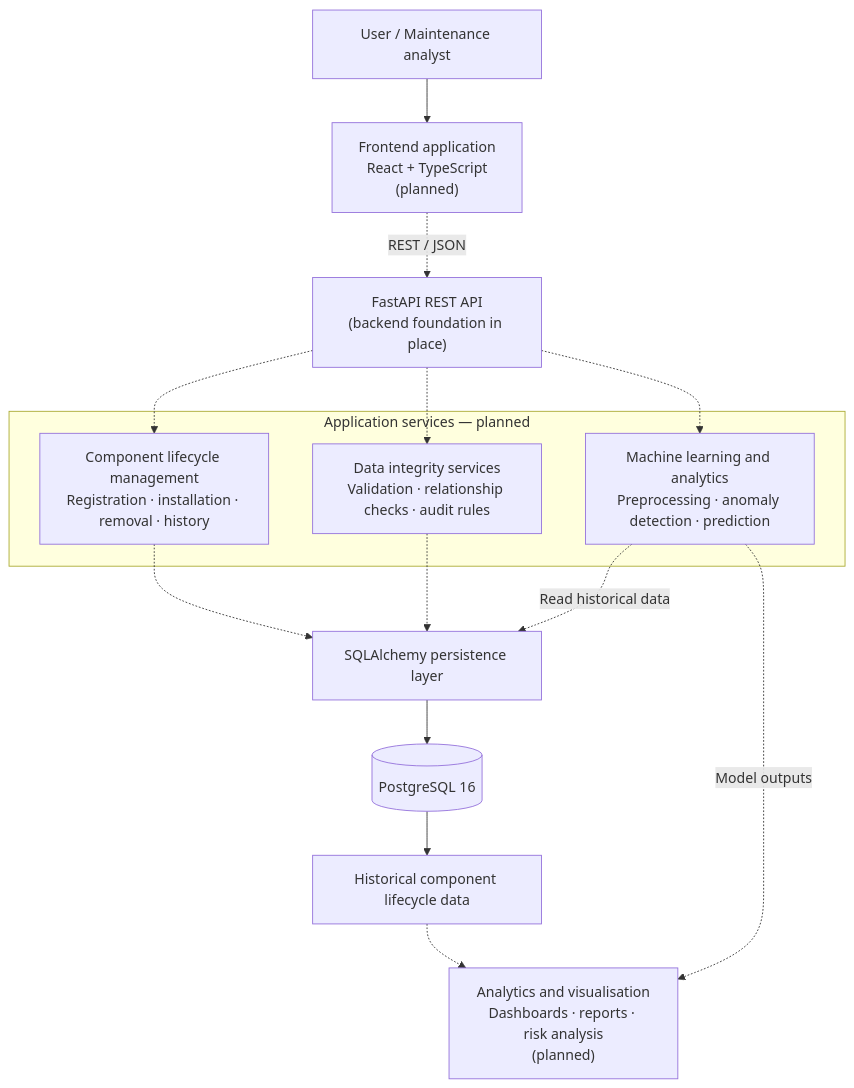
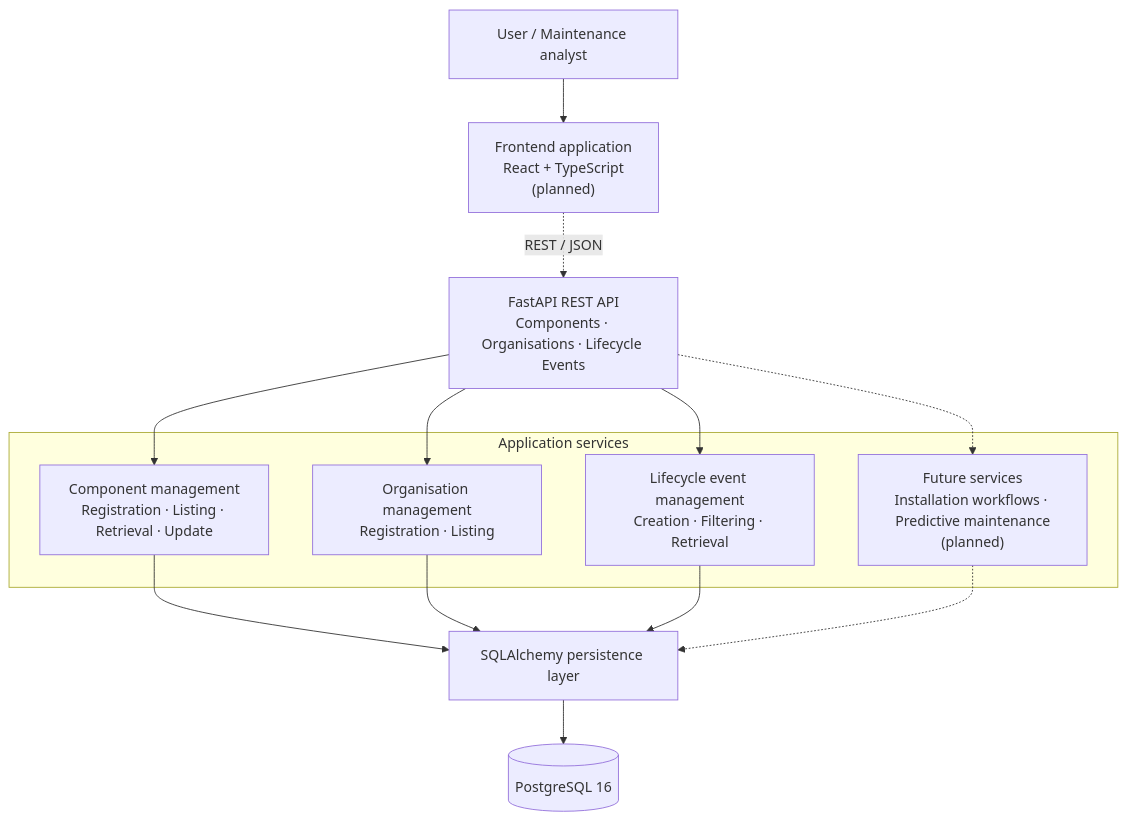
One commit to krista9669/aerotrace changed the second of 2 diagrams in README.md. Above: the diagram before and after it, drawn with Mermaid. The commit also changed other lines of this file and 7 other files, not shown here.

Commit message:
feat: add organisation and lifecycle event APIs

````diff
--- a/README.md
+++ b/README.md
@@ -157,27 +218,25 @@
 ```mermaid
 flowchart TB
     User["User / Maintenance analyst"]
     UI["Frontend application<br/>React + TypeScript<br/>(planned)"]
-    API["FastAPI REST API<br/>(backend foundation in place)"]
-    subgraph Services["Application services — planned"]
-        Lifecycle["Component lifecycle management<br/>Registration · installation · removal · history"]
-        Integrity["Data integrity services<br/>Validation · relationship checks · audit rules"]
-        ML["Machine learning and analytics<br/>Preprocessing · anomaly detection · prediction"]
+    API["FastAPI REST API<br/>Components · Organisations · Lifecycle Events"]
+    subgraph Services["Application services"]
+        Components["Component management<br/>Registration · Listing · Retrieval · Update"]
+        Organisations["Organisation management<br/>Registration · Listing"]
+        Lifecycle["Lifecycle event management<br/>Creation · Filtering · Retrieval"]
+        Future["Future services<br/>Installation workflows · Predictive maintenance<br/>(planned)"]
     end
     ORM["SQLAlchemy persistence layer"]
     DB[("PostgreSQL 16")]
-    History["Historical component lifecycle data"]
-    Outputs["Analytics and visualisation<br/>Dashboards · reports · risk analysis<br/>(planned)"]
     User --> UI
     UI -.->|"REST / JSON"| API
-    API -.-> Lifecycle
-    API -.-> Integrity
-    API -.-> ML
-    Lifecycle -.-> ORM
-    Integrity -.-> ORM
-    ML -.->|"Read historical data"| ORM
+    API --> Components
+    API --> Organisations
+    API --> Lifecycle
+    API -.-> Future
+    Components --> ORM
+    Organisations --> ORM
+    Lifecycle --> ORM
+    Future -.-> ORM
     ORM --> DB
-    DB --> History
-    History -.-> Outputs
-    ML -.->|"Model outputs"| Outputs
 ```
````
